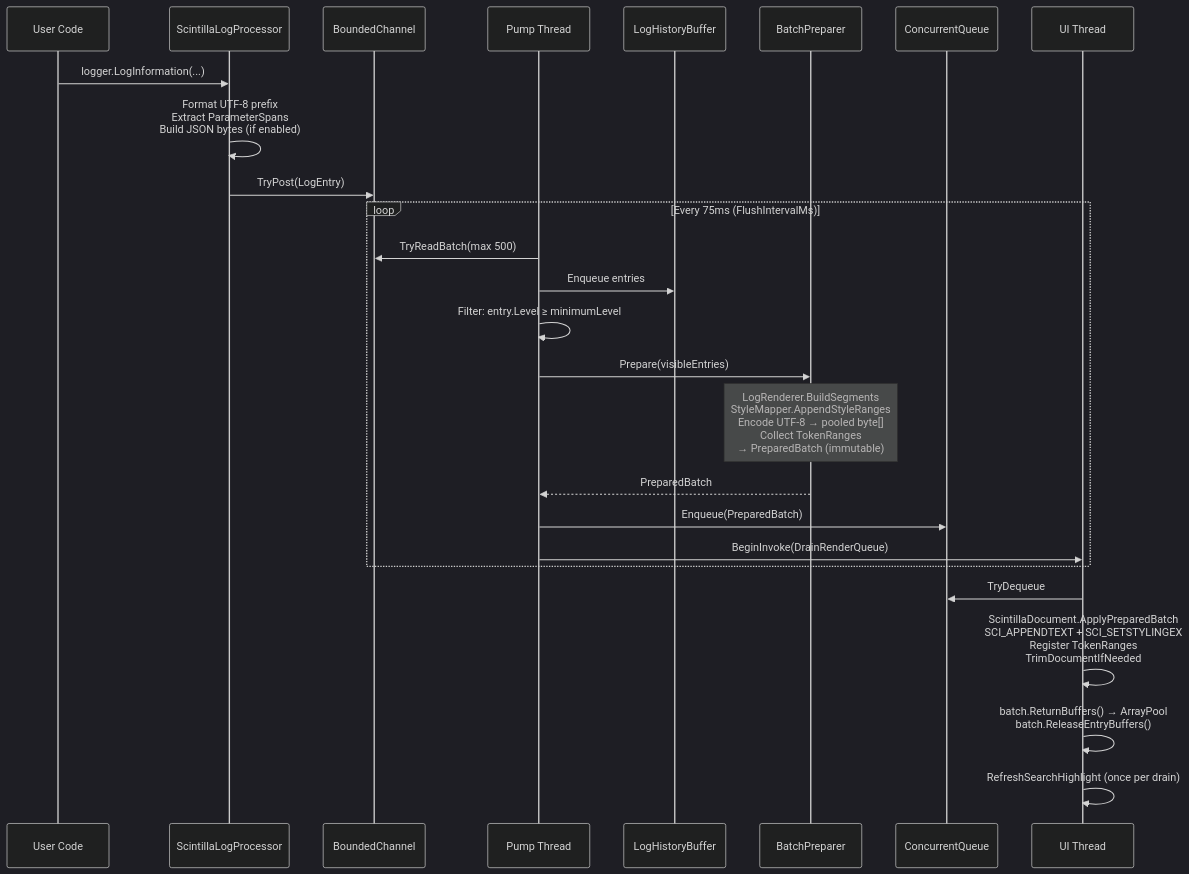
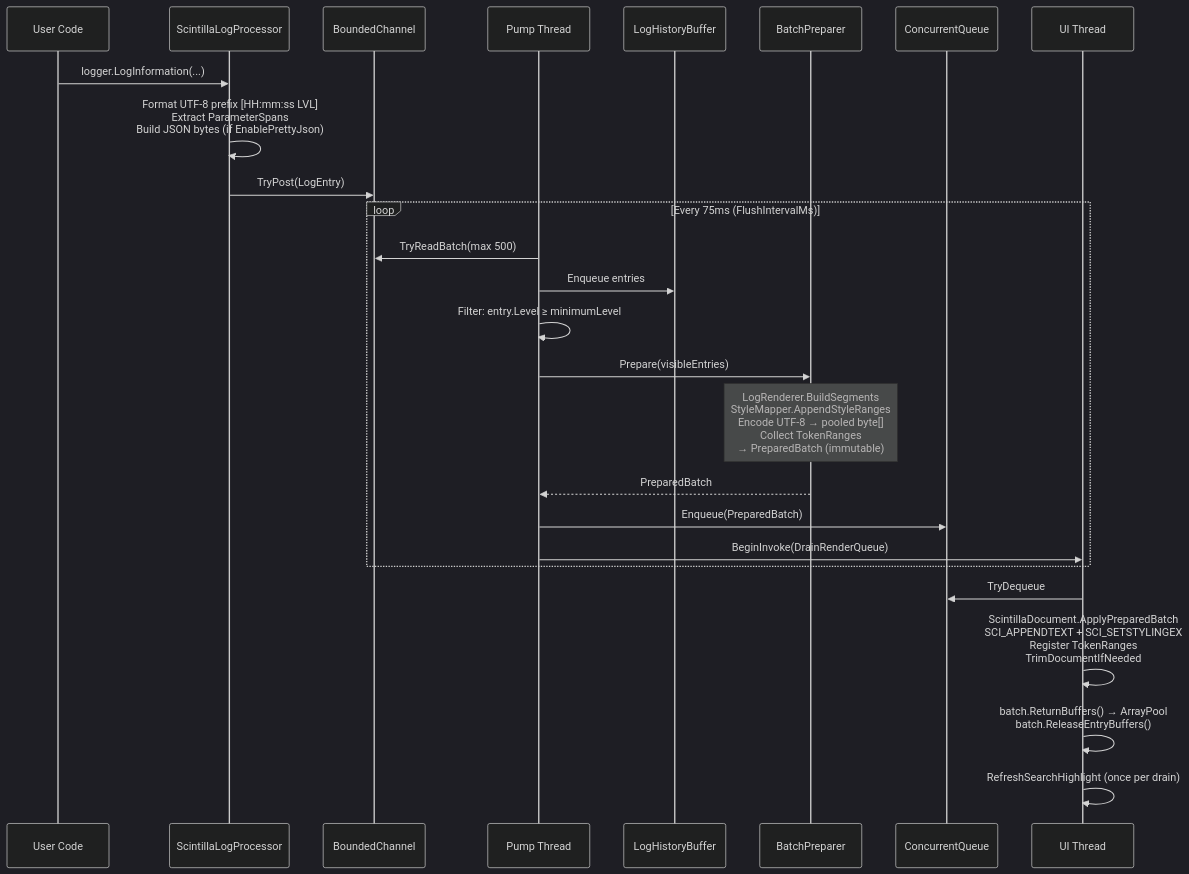
The second of 8 diagrams in docs/architecture.md (trgiangv/ZLogger.Scintilla), drawn with Mermaid (dark theme) before and after one commit. The commit also changed other lines of this file and 4 other files, not shown here.

````diff
--- a/docs/architecture.md
+++ b/docs/architecture.md
@@ -84,31 +84,31 @@
 ```mermaid
 sequenceDiagram
     participant App as User Code
     participant Proc as ScintillaLogProcessor
     participant Chan as BoundedChannel
     participant Pump as Pump Thread
     participant Hist as LogHistoryBuffer
     participant Prep as BatchPreparer
     participant Queue as ConcurrentQueue
     participant UI as UI Thread
 
     App->>Proc: logger.LogInformation(...)
-    Proc->>Proc: Format UTF-8 prefix<br/>Extract ParameterSpans<br/>Build JSON bytes (if enabled)
+    Proc->>Proc: Format UTF-8 prefix [HH:mm:ss LVL]<br/>Extract ParameterSpans<br/>Build JSON bytes (if EnablePrettyJson)
     Proc->>Chan: TryPost(LogEntry)
 
     loop Every 75ms (FlushIntervalMs)
         Pump->>Chan: TryReadBatch(max 500)
         Pump->>Hist: Enqueue entries
         Pump->>Pump: Filter: entry.Level ≥ minimumLevel
         Pump->>Prep: Prepare(visibleEntries)
         Note over Prep: LogRenderer.BuildSegments<br/>StyleMapper.AppendStyleRanges<br/>Encode UTF-8 → pooled byte[]<br/>Collect TokenRanges<br/>→ PreparedBatch (immutable)
         Prep-->>Pump: PreparedBatch
         Pump->>Queue: Enqueue(PreparedBatch)
         Pump->>UI: BeginInvoke(DrainRenderQueue)
     end
 
     UI->>Queue: TryDequeue
     UI->>UI: ScintillaDocument.ApplyPreparedBatch<br/>SCI_APPENDTEXT + SCI_SETSTYLINGEX<br/>Register TokenRanges<br/>TrimDocumentIfNeeded
     UI->>UI: batch.ReturnBuffers() → ArrayPool<br/>batch.ReleaseEntryBuffers()
     UI->>UI: RefreshSearchHighlight (once per drain)
 ```
````
